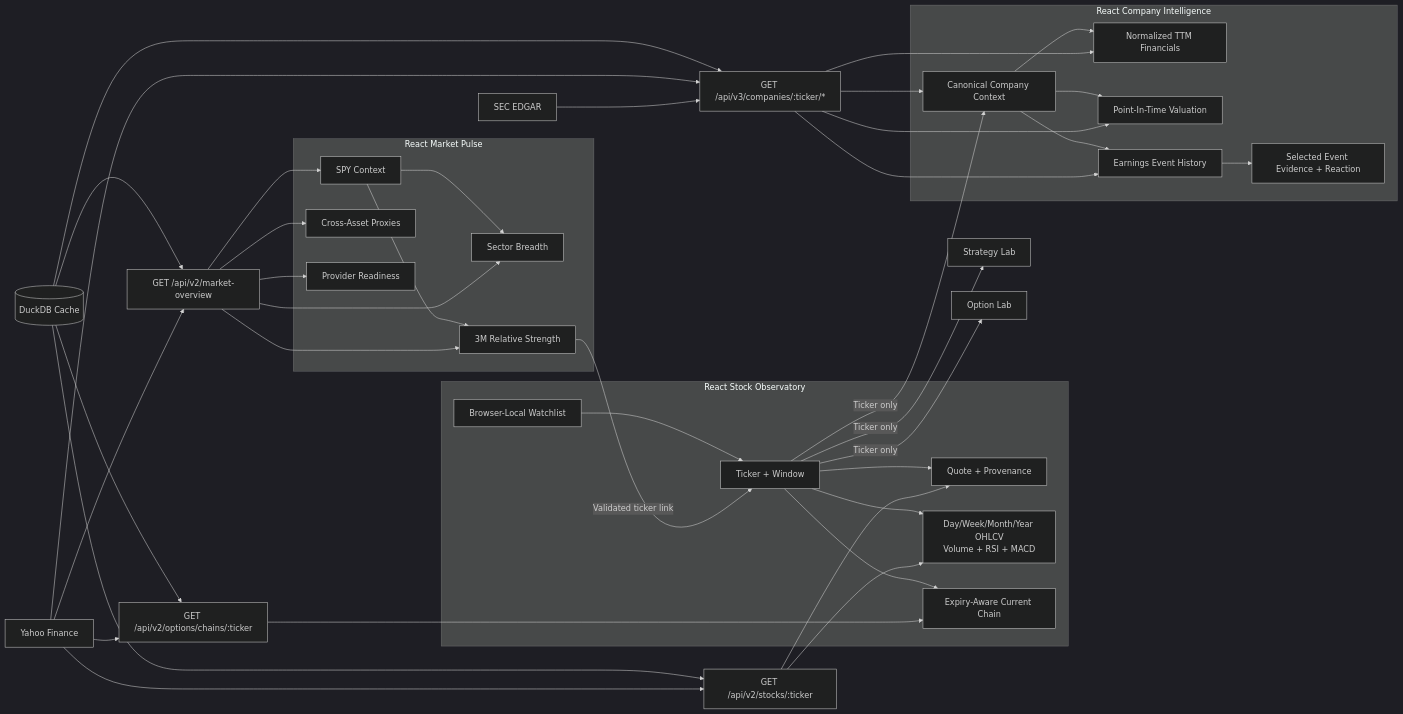
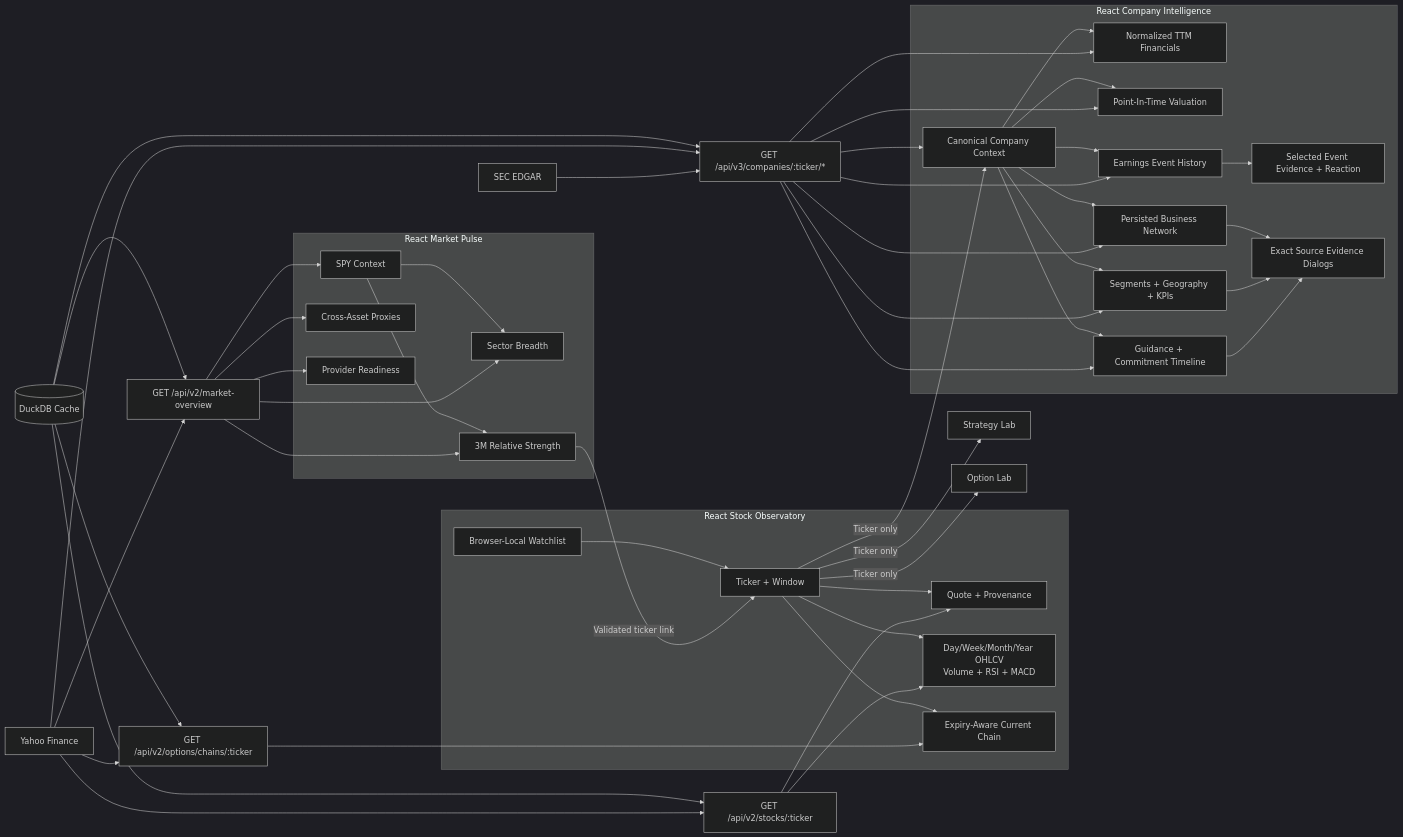
Before and after one commit to hoshinglee/gbb-terminal: the fifth of 10 diagrams in docs/system-diagrams.md, drawn with Mermaid (dark theme). The commit also changed other lines of this file and 49 other files, not shown here.

Commit message:
Add release 0.9 evidence intelligence

````diff
--- a/docs/system-diagrams.md
+++ b/docs/system-diagrams.md
@@ -243,61 +243,71 @@
 ```mermaid
 flowchart LR
     subgraph Stock[React Stock Observatory]
         StockContext[Ticker + Window]
         Watchlist[Browser-Local Watchlist]
         Quote[Quote + Provenance]
         Replay[Day/Week/Month/Year OHLCV<br/>Volume + RSI + MACD]
         OptionContext[Expiry-Aware Current Chain]
         StockContext --> Quote
         StockContext --> Replay
         StockContext --> OptionContext
         Watchlist --> StockContext
     end
 
     subgraph Market[React Market Pulse]
         Benchmark[SPY Context]
         Breadth[Sector Breadth]
         Relative[3M Relative Strength]
         Macro[Cross-Asset Proxies]
         Providers[Provider Readiness]
         Benchmark --> Breadth
         Benchmark --> Relative
     end
 
     subgraph Intelligence[React Company Intelligence]
         CompanyContext[Canonical Company Context]
         Fundamentals[Normalized TTM Financials]
         Valuation[Point-In-Time Valuation]
         Events[Earnings Event History]
         EventDetail[Selected Event Evidence + Reaction]
+        Network[Persisted Business Network]
+        Operations[Segments + Geography + KPIs]
+        Guidance[Guidance + Commitment Timeline]
+        Sources[Exact Source Evidence Dialogs]
         CompanyContext --> Fundamentals
         CompanyContext --> Valuation
         CompanyContext --> Events --> EventDetail
+        CompanyContext --> Network --> Sources
+        CompanyContext --> Operations --> Sources
+        CompanyContext --> Guidance --> Sources
     end
 
     StockAPI[GET /api/v2/stocks/:ticker] --> Quote
     StockAPI --> Replay
     ChainAPI[GET /api/v2/options/chains/:ticker] --> OptionContext
     MarketAPI[GET /api/v2/market-overview] --> Benchmark
     MarketAPI --> Breadth
     MarketAPI --> Relative
     MarketAPI --> Macro
     MarketAPI --> Providers
     IntelligenceAPI[GET /api/v3/companies/:ticker/*] --> CompanyContext
     IntelligenceAPI --> Fundamentals
     IntelligenceAPI --> Valuation
     IntelligenceAPI --> Events
+    IntelligenceAPI --> Network
+    IntelligenceAPI --> Operations
+    IntelligenceAPI --> Guidance
     DuckDB[(DuckDB Cache)] --> StockAPI
     DuckDB --> ChainAPI
     DuckDB --> MarketAPI
     DuckDB --> IntelligenceAPI
     Yahoo[Yahoo Finance] --> StockAPI
     Yahoo --> ChainAPI
     Yahoo --> MarketAPI
     Yahoo --> IntelligenceAPI
     SEC[SEC EDGAR] --> IntelligenceAPI
     Relative -->|Validated ticker link| StockContext
     StockContext -->|Ticker only| Strategy[Strategy Lab]
     StockContext -->|Ticker only| Options[Option Lab]
     StockContext -->|Ticker only| CompanyContext
 ```
````
